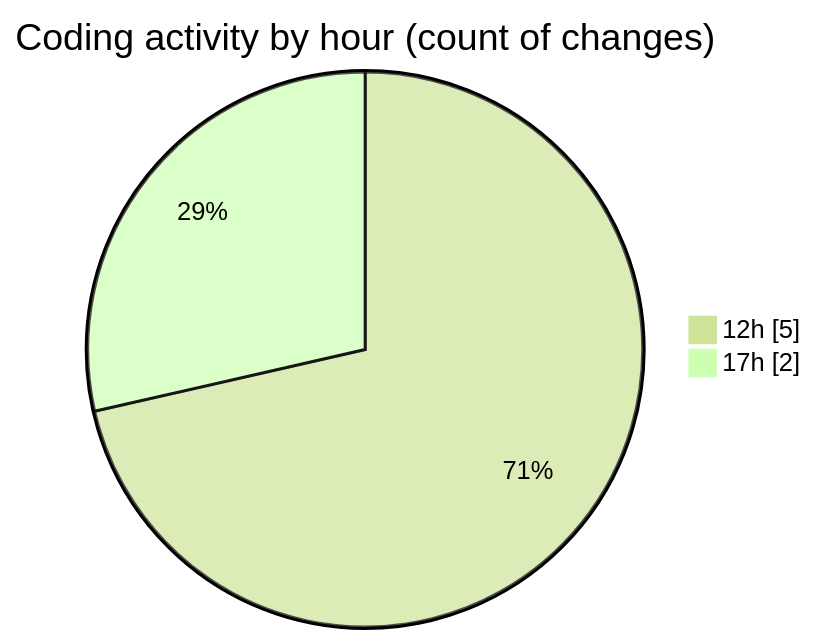
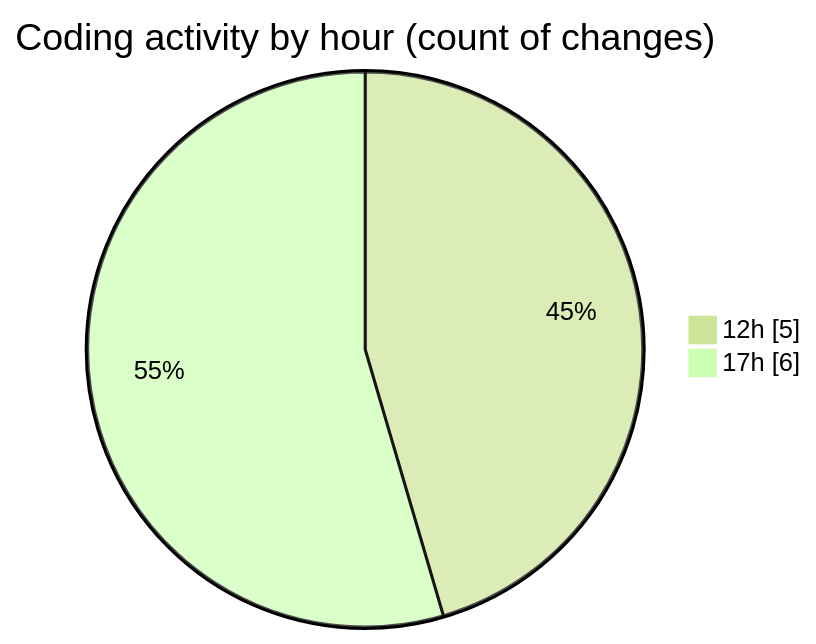
The second of 2 diagrams in 2026-04-08/cilapp/README.md (ricardozamudiocil/code-tracking), drawn with Mermaid (forest theme) before and after one commit. The commit also changed other lines of this file and 1 other file, not shown here.

````diff
--- a/2026-04-08/cilapp/README.md
+++ b/2026-04-08/cilapp/README.md
@@ -33,6 +33,6 @@
 ```mermaid
 pie showData
 title Coding activity by hour (count of changes)
 "12h" : 5
-"17h" : 2
+"17h" : 6
 ```
````
